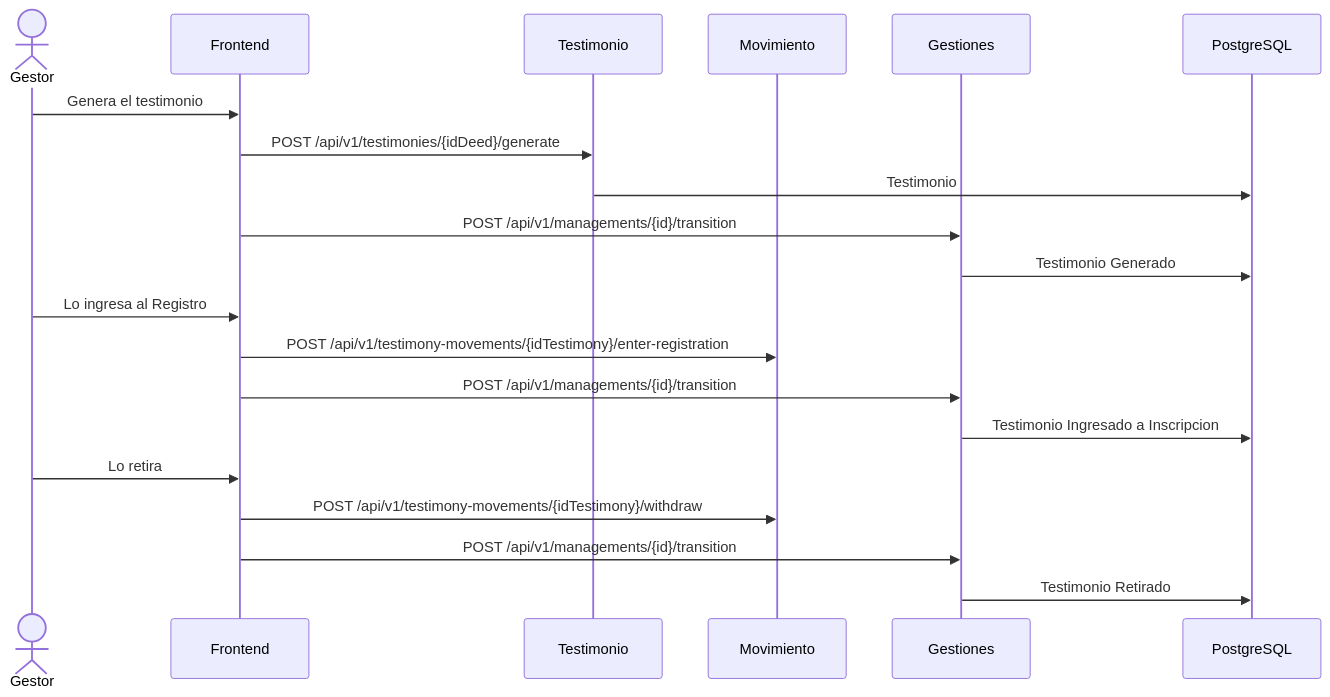
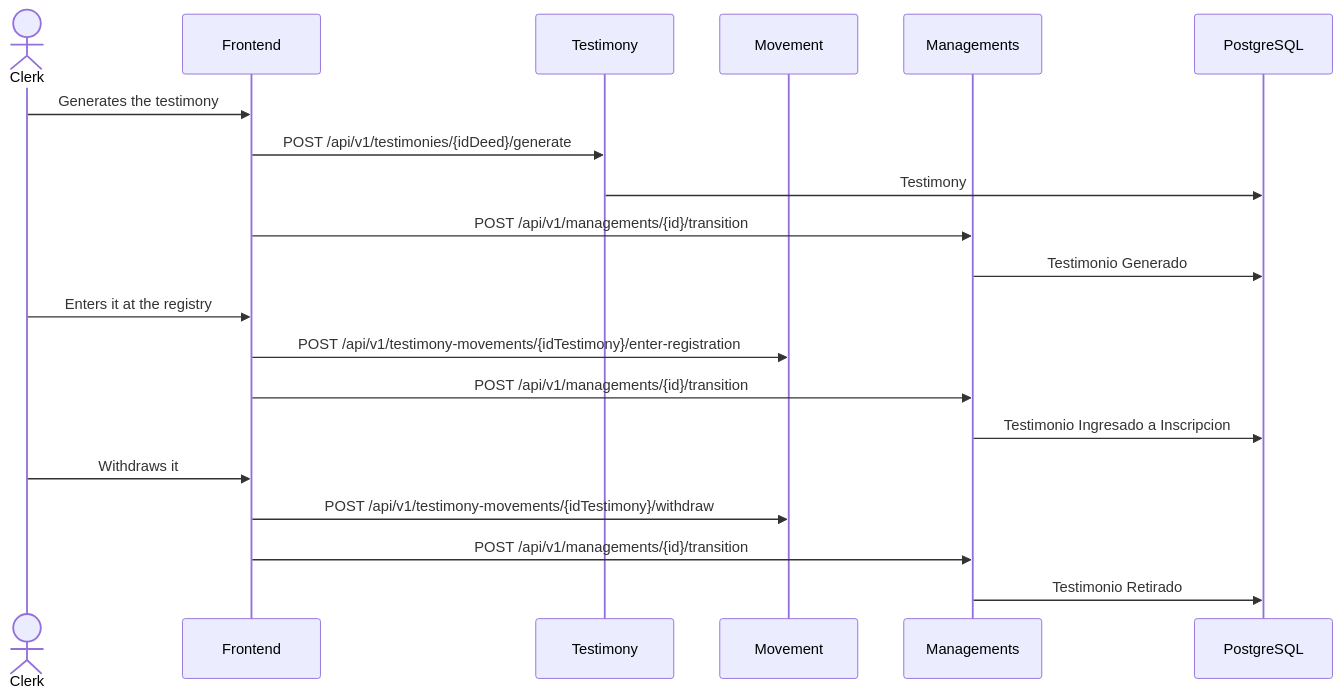
The fifth of 7 diagrams in docs/200-architecture/203-design/GESTION.md (matiaspakua/notaire), drawn with Mermaid before and after one commit. The commit also changed other lines of this file and 2 other files, not shown here.

First line of the commit message:
docs(architecture): write the case-process design in English

````diff
--- a/docs/200-architecture/203-design/GESTION.md
+++ b/docs/200-architecture/203-design/GESTION.md
@@ -153,25 +154,25 @@
 ```mermaid
 sequenceDiagram
-  actor Gestor
+  actor Clerk
   participant FE as Frontend
-  participant Tes as Testimonio
-  participant Mov as Movimiento
-  participant Ges as Gestiones
+  participant Tes as Testimony
+  participant Mov as Movement
+  participant Ges as Managements
   participant DB as PostgreSQL
 
-  Gestor->>FE: Genera el testimonio
+  Clerk->>FE: Generates the testimony
   FE->>Tes: POST /api/v1/testimonies/{idDeed}/generate
-  Tes->>DB: Testimonio
+  Tes->>DB: Testimony
   FE->>Ges: POST /api/v1/managements/{id}/transition
   Ges->>DB: Testimonio Generado
 
-  Gestor->>FE: Lo ingresa al Registro
+  Clerk->>FE: Enters it at the registry
   FE->>Mov: POST /api/v1/testimony-movements/{idTestimony}/enter-registration
   FE->>Ges: POST /api/v1/managements/{id}/transition
   Ges->>DB: Testimonio Ingresado a Inscripcion
 
-  Gestor->>FE: Lo retira
+  Clerk->>FE: Withdraws it
   FE->>Mov: POST /api/v1/testimony-movements/{idTestimony}/withdraw
   FE->>Ges: POST /api/v1/managements/{id}/transition
   Ges->>DB: Testimonio Retirado
 ```
````
